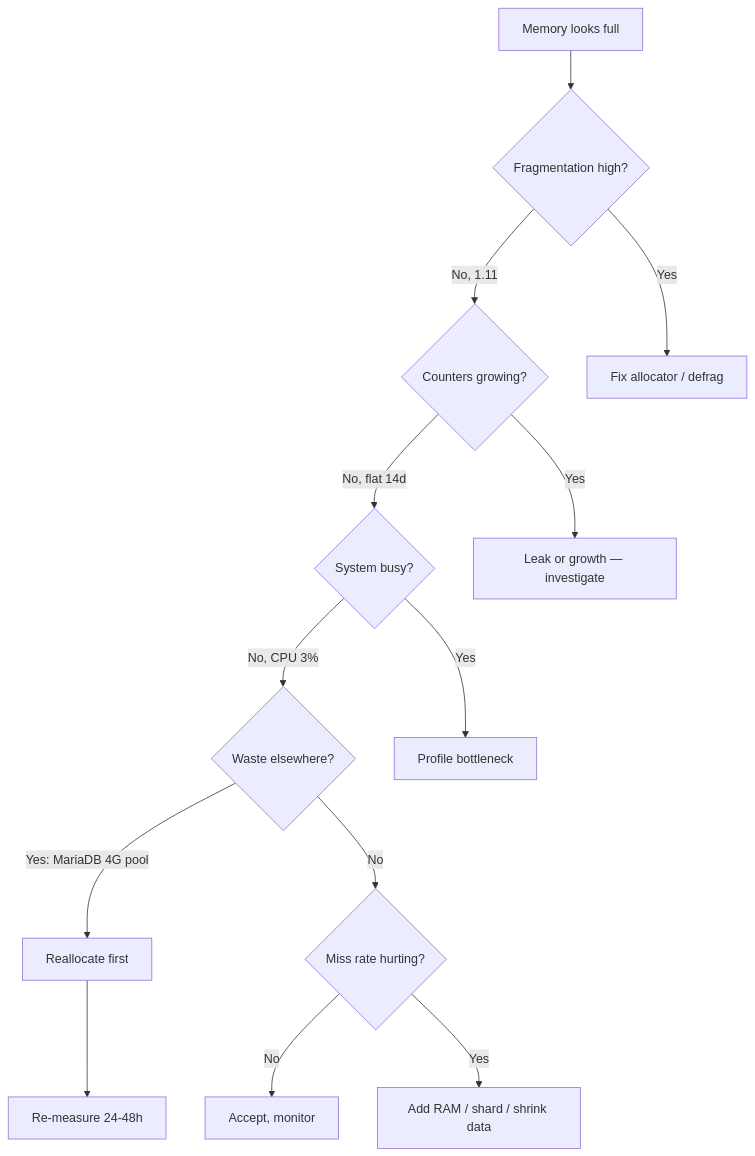
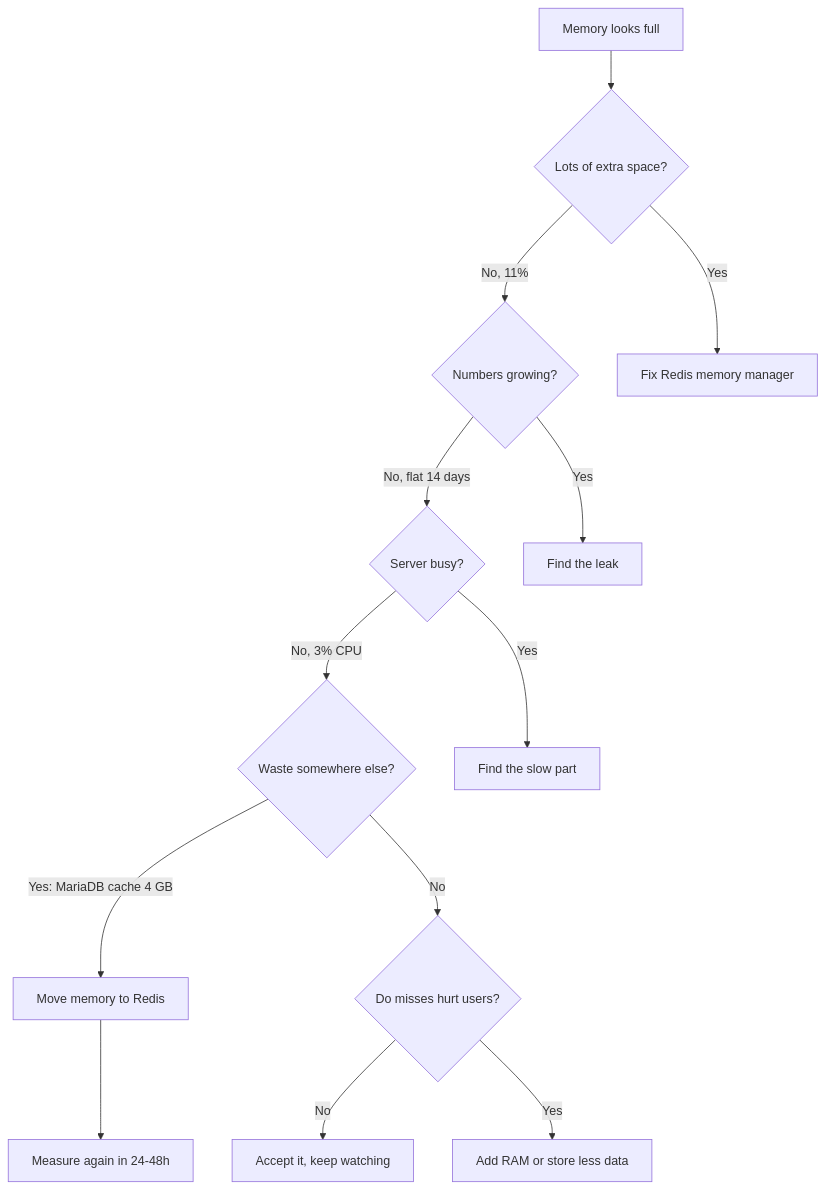
The second of 2 diagrams in blogs/redis-memory-optimization.md (Jenium-lab/Jenium-lab.github.io), drawn with Mermaid before and after one commit. The commit also changed other lines of this file and 2 other files, not shown here.

Commit message:
docs: simplify Redis memory blog for easier reading

````diff
--- a/blogs/redis-memory-optimization.md
+++ b/blogs/redis-memory-optimization.md
@@ -354,15 +305,15 @@
 ```mermaid
 flowchart TD
-  A["Memory looks full"] --> B{"Fragmentation high?"}
-  B -->|"No, 1.11"| C{"Counters growing?"}
-  B -->|"Yes"| Z["Fix allocator / defrag"]
-  C -->|"No, flat 14d"| D{"System busy?"}
-  C -->|"Yes"| Y["Leak or growth — investigate"]
-  D -->|"No, CPU 3%"| E{"Waste elsewhere?"}
-  D -->|"Yes"| X["Profile bottleneck"]
-  E -->|"Yes: MariaDB 4G pool"| F["Reallocate first"]
-  E -->|"No"| G{"Miss rate hurting?"}
-  G -->|"No"| H["Accept, monitor"]
-  G -->|"Yes"| I["Add RAM / shard / shrink data"]
-  F --> J["Re-measure 24-48h"]
+  A["Memory looks full"] --> B{"Lots of extra space?"}
+  B -->|"No, 11%"| C{"Numbers growing?"}
+  B -->|"Yes"| Z["Fix Redis memory manager"]
+  C -->|"No, flat 14 days"| D{"Server busy?"}
+  C -->|"Yes"| Y["Find the leak"]
+  D -->|"No, 3% CPU"| E{"Waste somewhere else?"}
+  D -->|"Yes"| X["Find the slow part"]
+  E -->|"Yes: MariaDB cache 4 GB"| F["Move memory to Redis"]
+  E -->|"No"| G{"Do misses hurt users?"}
+  G -->|"No"| H["Accept it, keep watching"]
+  G -->|"Yes"| I["Add RAM or store less data"]
+  F --> J["Measure again in 24-48h"]
 ```
````
